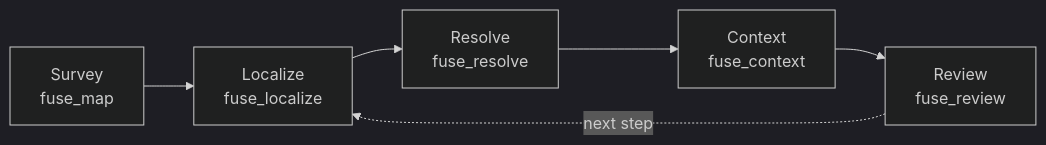
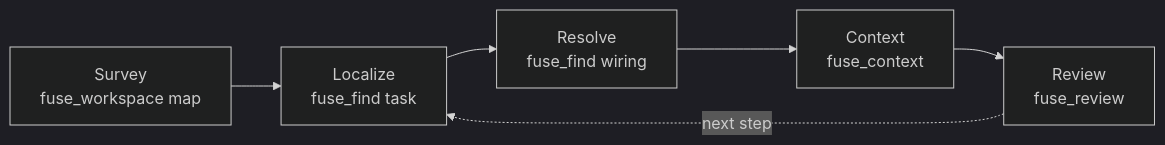
Before and after one commit to Litenova-Solutions/Fuse: the diagram in site/content/docs/concepts/the-explore-phase.mdx, drawn with Mermaid (dark theme). The commit also changed other lines of this file and 38 other files, not shown here.

````diff
--- a/site/content/docs/concepts/the-explore-phase.mdx
+++ b/site/content/docs/concepts/the-explore-phase.mdx
@@ -57,8 +57,8 @@
 ```mermaid
 flowchart LR
-    A[Survey<br/>fuse_map] --> B[Localize<br/>fuse_localize]
-    B --> C[Resolve<br/>fuse_resolve]
+    A[Survey<br/>fuse_workspace map] --> B[Localize<br/>fuse_find task]
+    B --> C[Resolve<br/>fuse_find wiring]
     C --> D[Context<br/>fuse_context]
     D --> E[Review<br/>fuse_review]
     E -.next step.-> B
 ```
````
